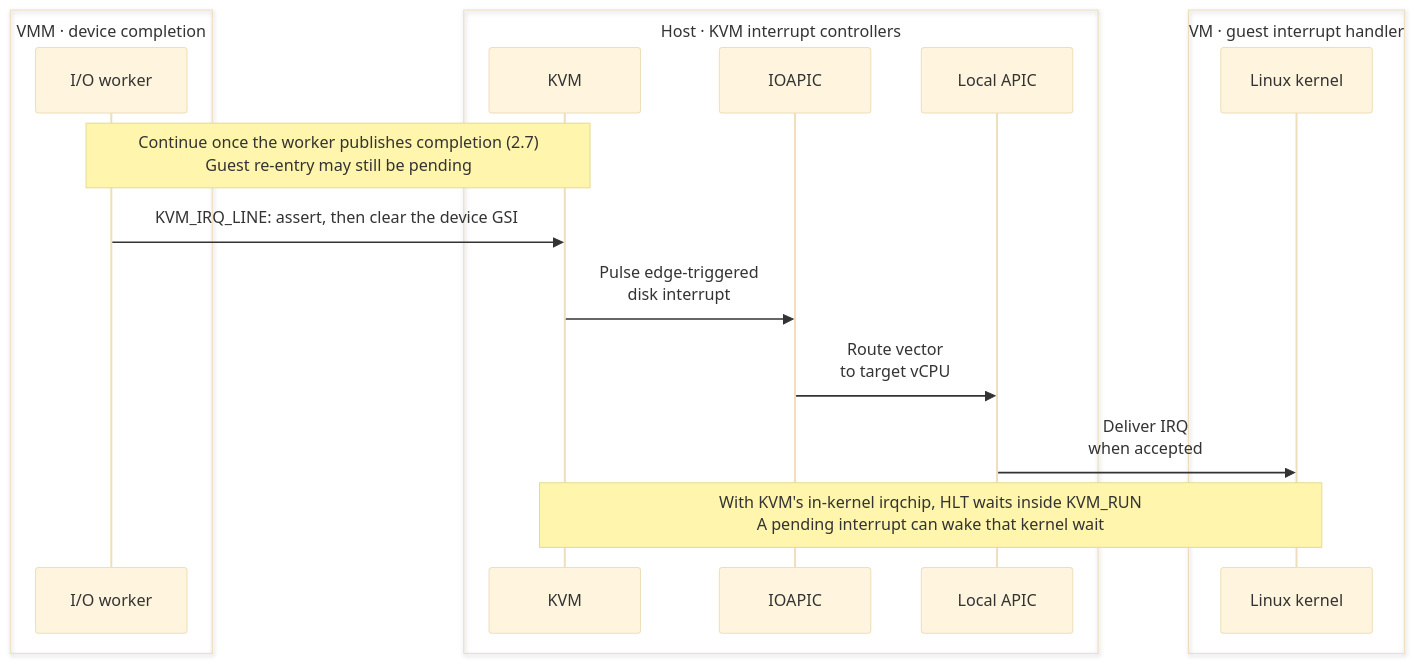
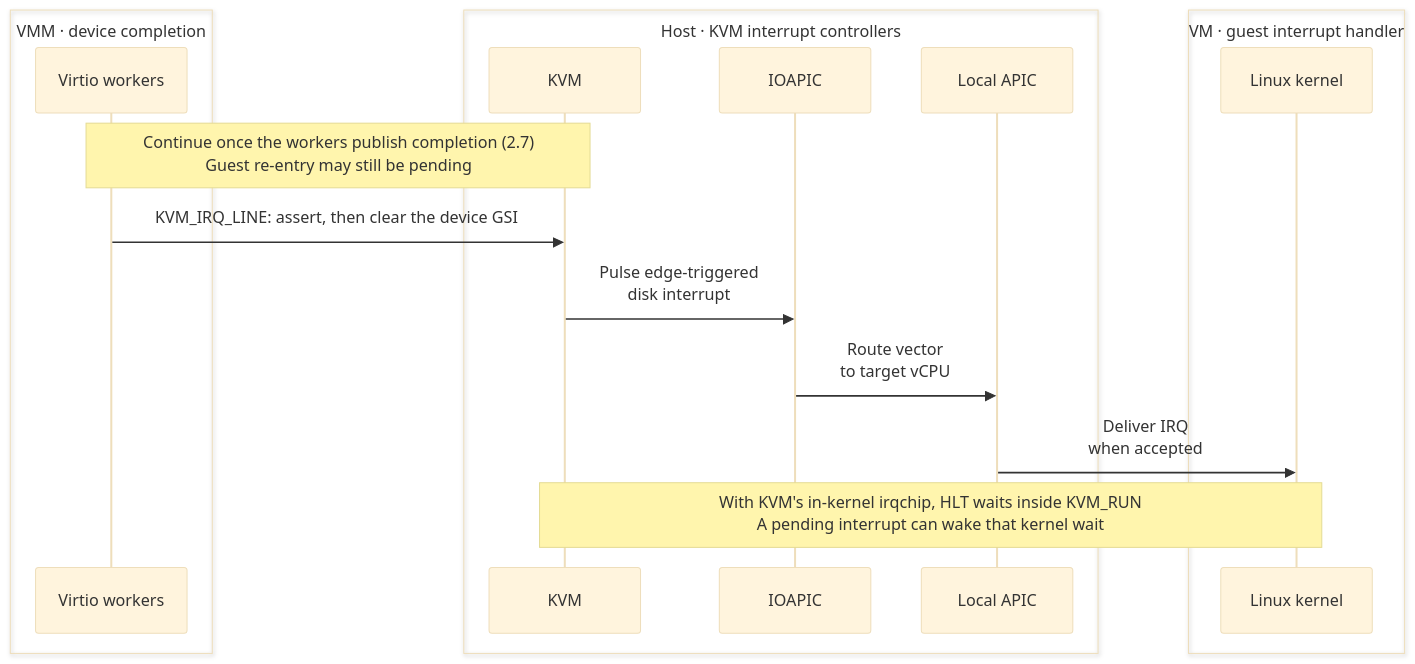
Before and after one commit to boxlite-ai/boxlite: the ninth of 14 diagrams in docs/contributing/architecture/vmm/kvm.md, drawn with Mermaid (base theme). The commit also changed other lines of this file and 21 other files, not shown here.

First line of the commit message:
feat(vmm): add the virtio workers

````diff
--- a/docs/contributing/architecture/vmm/kvm.md
+++ b/docs/contributing/architecture/vmm/kvm.md
@@ -321,24 +321,24 @@
 ```mermaid
 sequenceDiagram
   box VMM · device completion
-    participant worker as I/O worker
+    participant worker as Virtio workers
   end
   box Host · KVM interrupt controllers
     participant host_api as KVM
     participant ioapic as IOAPIC
     participant lapic as Local APIC
   end
   box VM · guest interrupt handler
     participant kernel as Linux kernel
   end
-  Note over worker,host_api: Continue once the worker publishes completion (2.7)<br/>Guest re-entry may still be pending
+  Note over worker,host_api: Continue once the workers publish completion (2.7)<br/>Guest re-entry may still be pending
   %% edge:kvm_10_e1
   worker->>host_api: KVM_IRQ_LINE: assert, then clear the device GSI
   %% edge:kvm_10_e2
   host_api->>ioapic: Pulse edge-triggered<br/>disk interrupt
   %% edge:kvm_10_e3
   ioapic->>lapic: Route vector<br/>to target vCPU
   %% edge:kvm_10_e4
   lapic->>kernel: Deliver IRQ<br/>when accepted
   Note over host_api,kernel: With KVM's in-kernel irqchip, HLT waits inside KVM_RUN<br/>A pending interrupt can wake that kernel wait
 ```
````
